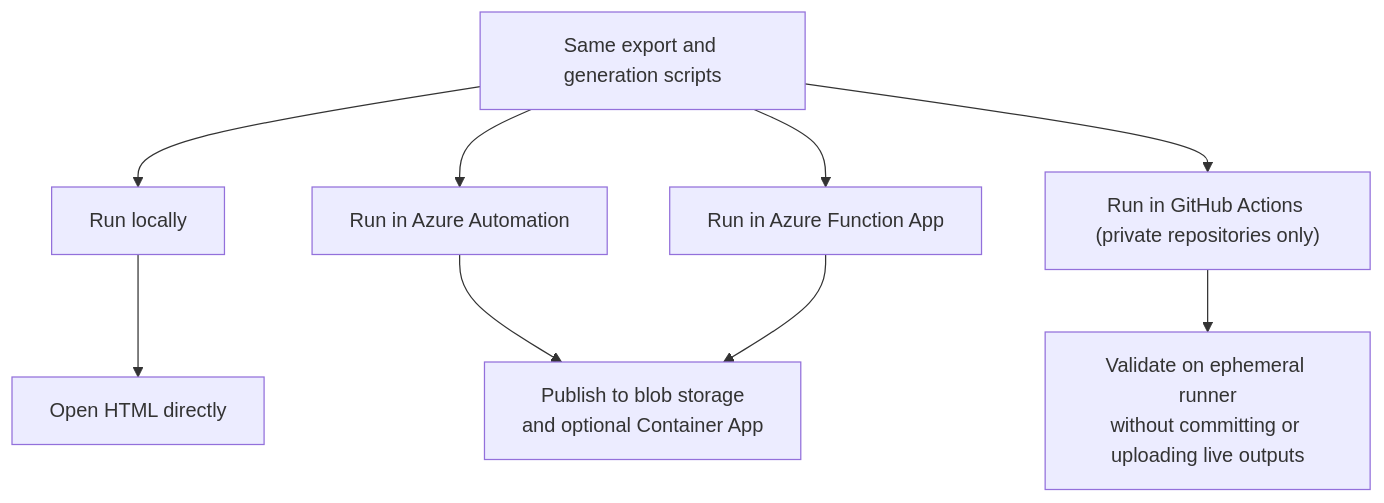
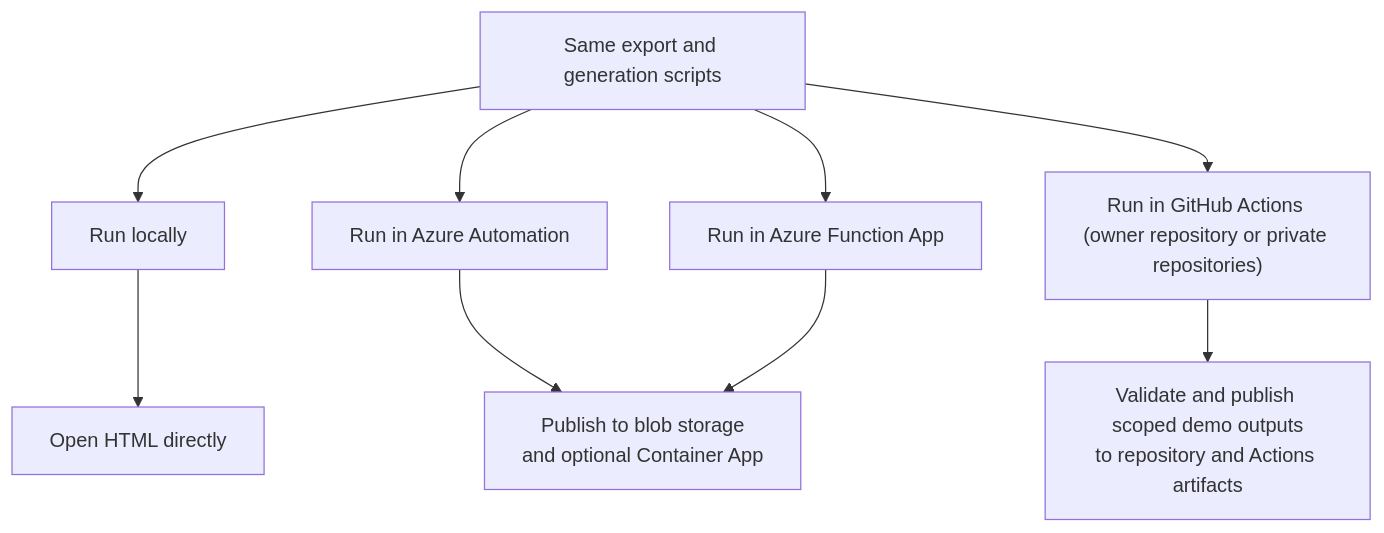
The second of 2 diagrams in README.md (nathanmcnulty/defender-reporting), drawn with Mermaid before and after one commit. The commit also changed other lines of this file and 7 other files, not shown here.

Commit message:
Restore owner demo publication with fork privacy guards

````diff
--- a/README.md
+++ b/README.md
@@ -198,11 +198,11 @@
 ```mermaid
 flowchart TD
     A["Same export and generation scripts"] --> B["Run locally"]
     A --> C["Run in Azure Automation"]
-    A --> D["Run in GitHub Actions (private repositories only)"]
+    A --> D["Run in GitHub Actions (owner repository or private repositories)"]
     A --> H["Run in Azure Function App"]
     B --> E["Open HTML directly"]
     C --> F["Publish to blob storage\nand optional Container App"]
-    D --> G["Validate on ephemeral runner\nwithout committing or uploading live outputs"]
+    D --> G["Validate and publish scoped demo outputs\nto repository and Actions artifacts"]
     H --> F
 ```
````
